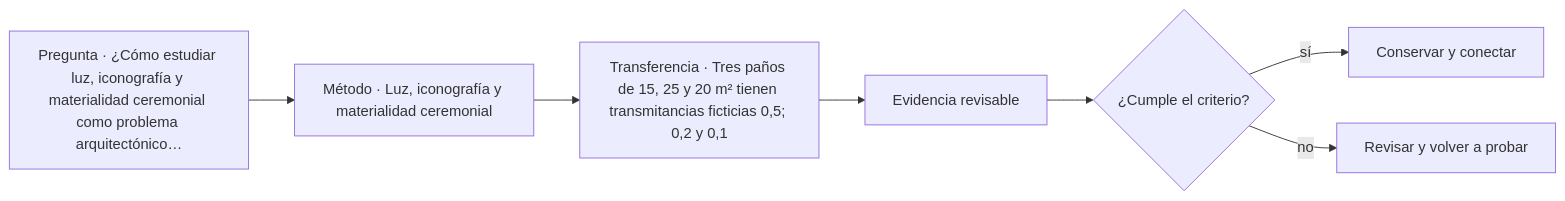
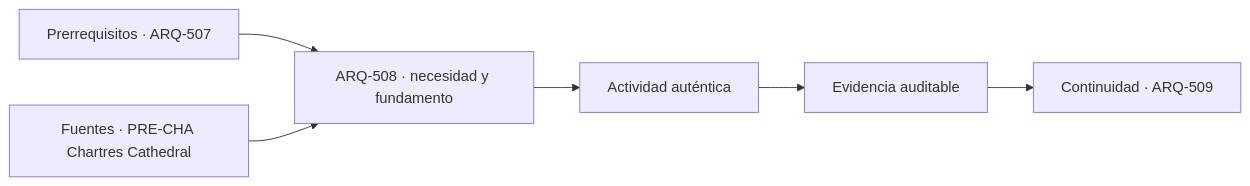
One commit to vladimiracunadev-create/architecture-built-environment-learning-program changed the diagram in classes/parte-51/ARQ-508.md. Above: the diagram before and after it, drawn with Mermaid. The commit also changed other lines of this file and 761 other files, not shown here.

````diff
--- a/classes/parte-51/ARQ-508.md
+++ b/classes/parte-51/ARQ-508.md
@@ -81,9 +93,8 @@
 ```mermaid
 flowchart LR
-    Q["Pregunta · ¿Cómo estudiar luz, iconografía y materialidad ceremonial como problema arquitectónico…"] --> M["Método · Luz, iconografía y materialidad ceremonial"]
-    M --> P["Transferencia · Tres paños de 15, 25 y 20 m² tienen transmitancias ficticias 0,5; 0,2 y 0,1"]
-    P --> E["Evidencia revisable"]
-    E --> C{"¿Cumple el criterio?"}
-    C -->|sí| T["Conservar y conectar"]
-    C -->|no| R["Revisar y volver a probar"]
+    A["Prerrequisitos · ARQ-507"] --> B["ARQ-508 · necesidad y fundamento"]
+    S["Fuentes · PRE-CHA Chartres Cathedral"] --> B
+    B --> C["Actividad auténtica"]
+    C --> D["Evidencia auditable"]
+    D --> E["Continuidad · ARQ-509"]
 ```
````
